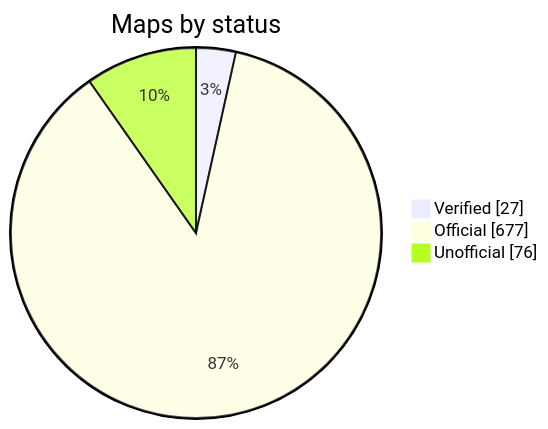
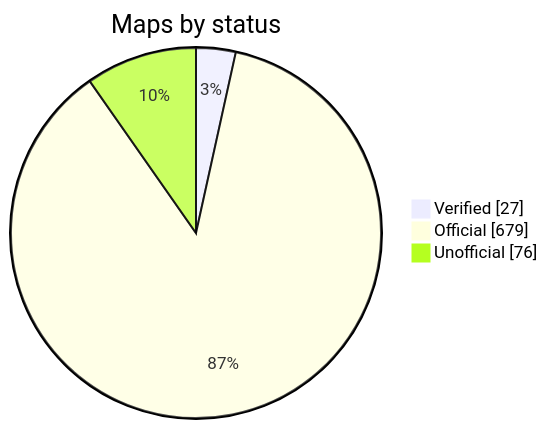
Before and after one commit to nobrega8/mbmap-library: the diagram in README.md, drawn with Mermaid. The commit also changed 7 other files, not shown here.

````diff
--- a/README.md
+++ b/README.md
@@ -52,7 +52,7 @@
 ```mermaid
 pie showData
     title Maps by status
     "Verified" : 27
-    "Official" : 677
+    "Official" : 679
     "Unofficial" : 76
 ```
````
